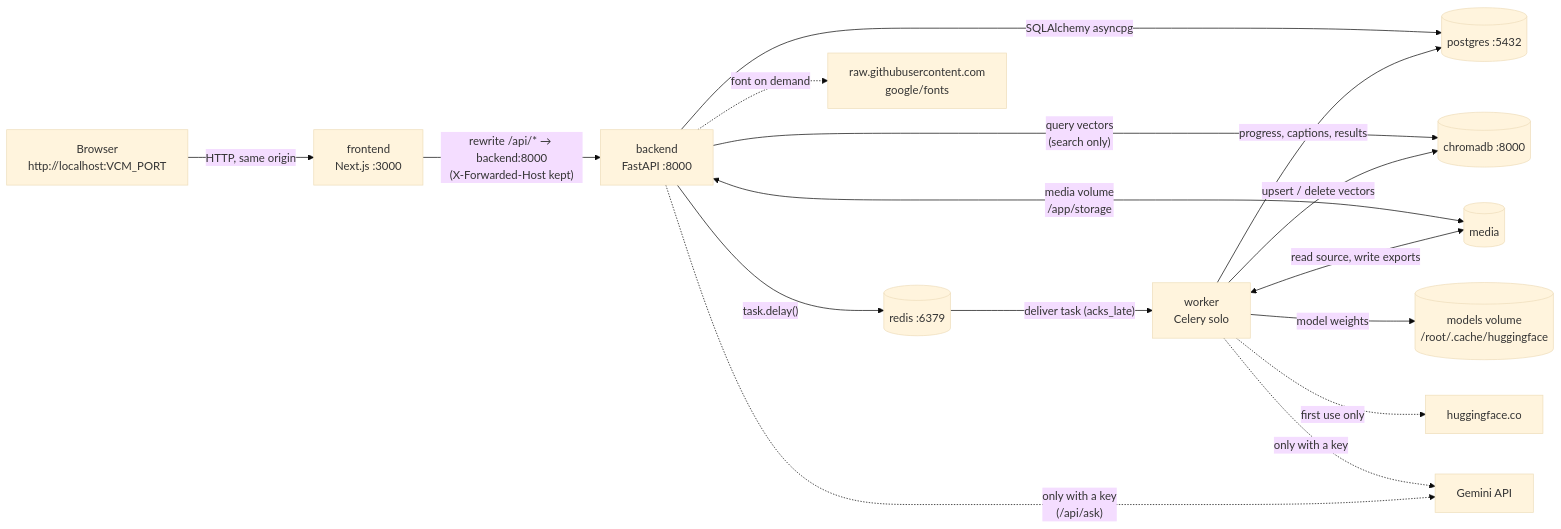
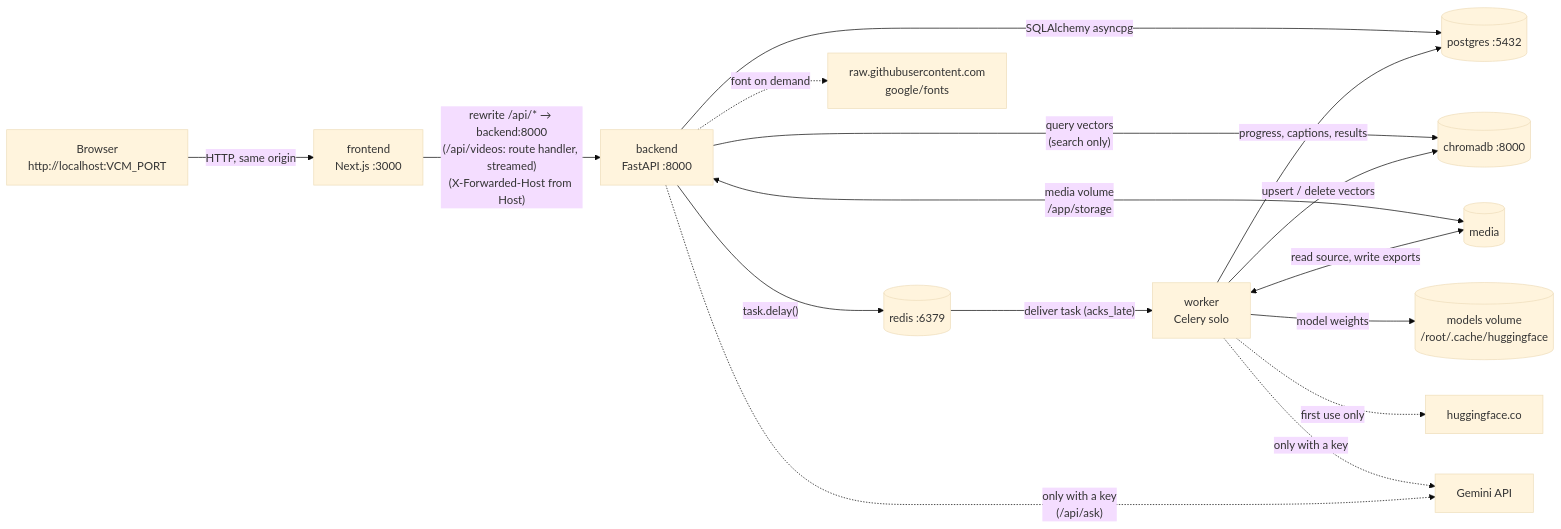
Before and after one commit to Tanush1206/Video-Caption-Maker: the first of 3 diagrams in docs/ARCHITECTURE.md, drawn with Mermaid (base theme). The commit also changed other lines of this file and 3 other files, not shown here.

Commit message:
docs: uploads bypass Next's proxy (D20); the guard on /api/videos

````diff
--- a/docs/ARCHITECTURE.md
+++ b/docs/ARCHITECTURE.md
@@ -29,18 +38,18 @@
 ```mermaid
 flowchart LR
     B["Browser<br/>http://localhost:VCM_PORT"] -->|"HTTP, same origin"| F["frontend<br/>Next.js :3000"]
-    F -->|"rewrite /api/* → backend:8000<br/>(X-Forwarded-Host kept)"| A["backend<br/>FastAPI :8000"]
+    F -->|"rewrite /api/* → backend:8000<br/>(/api/videos: route handler, streamed)<br/>(X-Forwarded-Host from Host)"| A["backend<br/>FastAPI :8000"]
     A -->|"SQLAlchemy asyncpg"| P[("postgres :5432")]
     A -->|"task.delay()"| R[("redis :6379")]
     A -->|"query vectors<br/>(search only)"| C[("chromadb :8000")]
     R -->|"deliver task (acks_late)"| W["worker<br/>Celery solo"]
     W -->|"progress, captions, results"| P
     W -->|"upsert / delete vectors"| C
     A <-->|"media volume<br/>/app/storage"| M[("media")]
     W <-->|"read source, write exports"| M
     W -->|"model weights"| HF[("models volume<br/>/root/.cache/huggingface")]
     W -. "first use only" .-> HUB["huggingface.co"]
     A -. "font on demand" .-> GF["raw.githubusercontent.com<br/>google/fonts"]
     W -. "only with a key" .-> G["Gemini API"]
     A -. "only with a key<br/>(/api/ask)" .-> G
 ```
````
